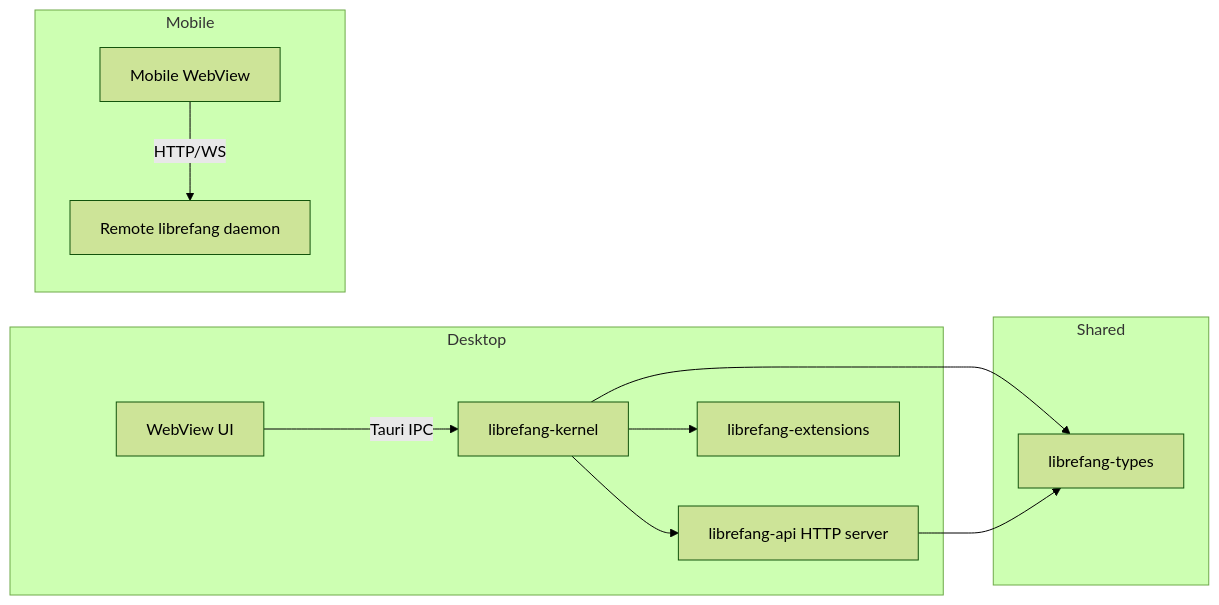
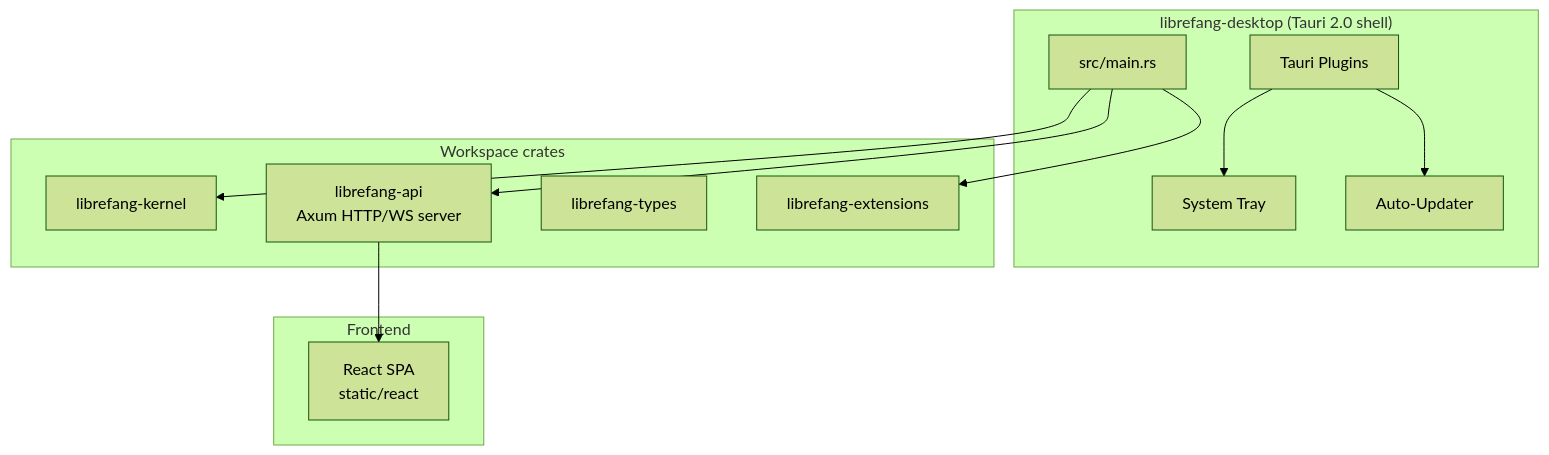
Before and after one commit to leszek3737/librefang-WIki: the diagram in other-librefang-desktop.md, drawn with Mermaid (forest theme). The commit also changed other lines of this file and 100 other files, not shown here.

````diff
--- a/other-librefang-desktop.md
+++ b/other-librefang-desktop.md
@@ -9,16 +9,27 @@
 ```mermaid
-graph LR
-    subgraph Desktop
-        UI[WebView UI] --> |Tauri IPC| Kernel[librefang-kernel]
-        Kernel --> API[librefang-api HTTP server]
-        Kernel --> Ext[librefang-extensions]
+graph TD
+    subgraph "librefang-desktop (Tauri 2.0 shell)"
+        Main[src/main.rs]
+        Tray[System Tray]
+        Updater[Auto-Updater]
+        Plugins[Tauri Plugins]
     end
-    subgraph Mobile
-        MUI[Mobile WebView] --> |HTTP/WS| Remote[Remote librefang daemon]
+
+    subgraph "Workspace crates"
+        Kernel[librefang-kernel]
+        API[librefang-api<br/>Axum HTTP/WS server]
+        Types[librefang-types]
+        Extensions[librefang-extensions]
     end
-    subgraph Shared
-        Types[librefang-types]
+
+    subgraph "Frontend"
+        React[React SPA<br/>static/react]
     end
-    Kernel --> Types
-    API --> Types
+
+    Main --> Kernel
+    Main --> API
+    Main --> Extensions
+    API --> React
+    Plugins --> Tray
+    Plugins --> Updater
 ```
````
